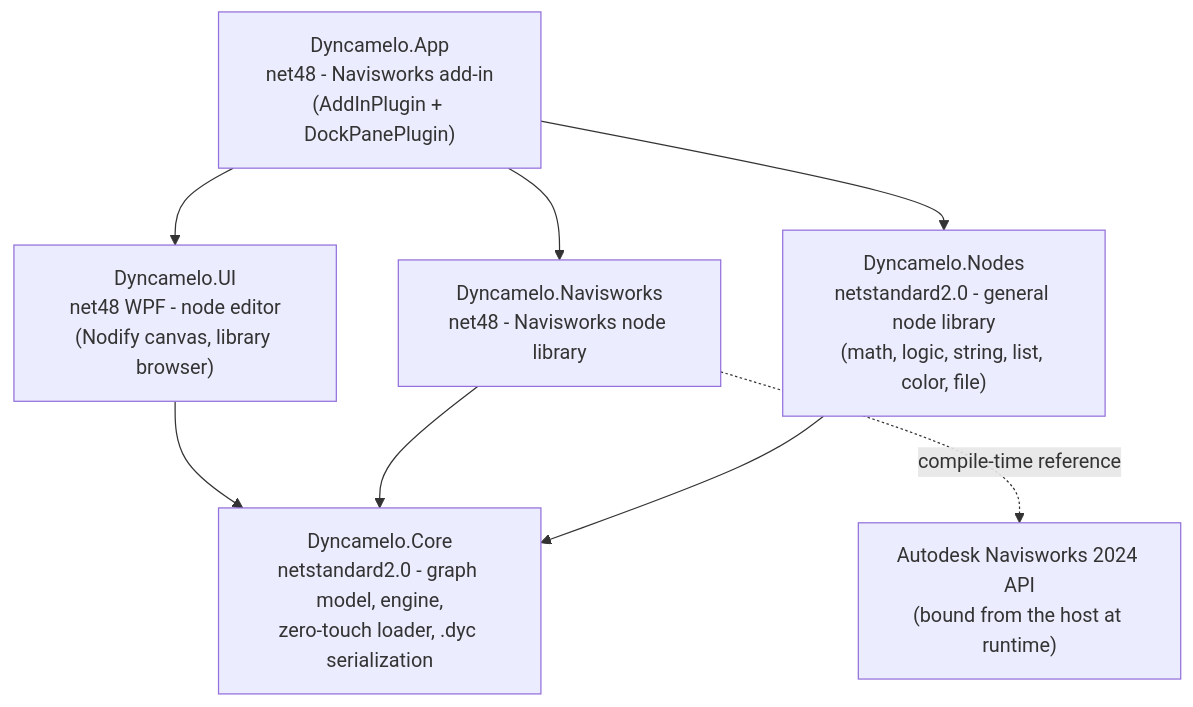
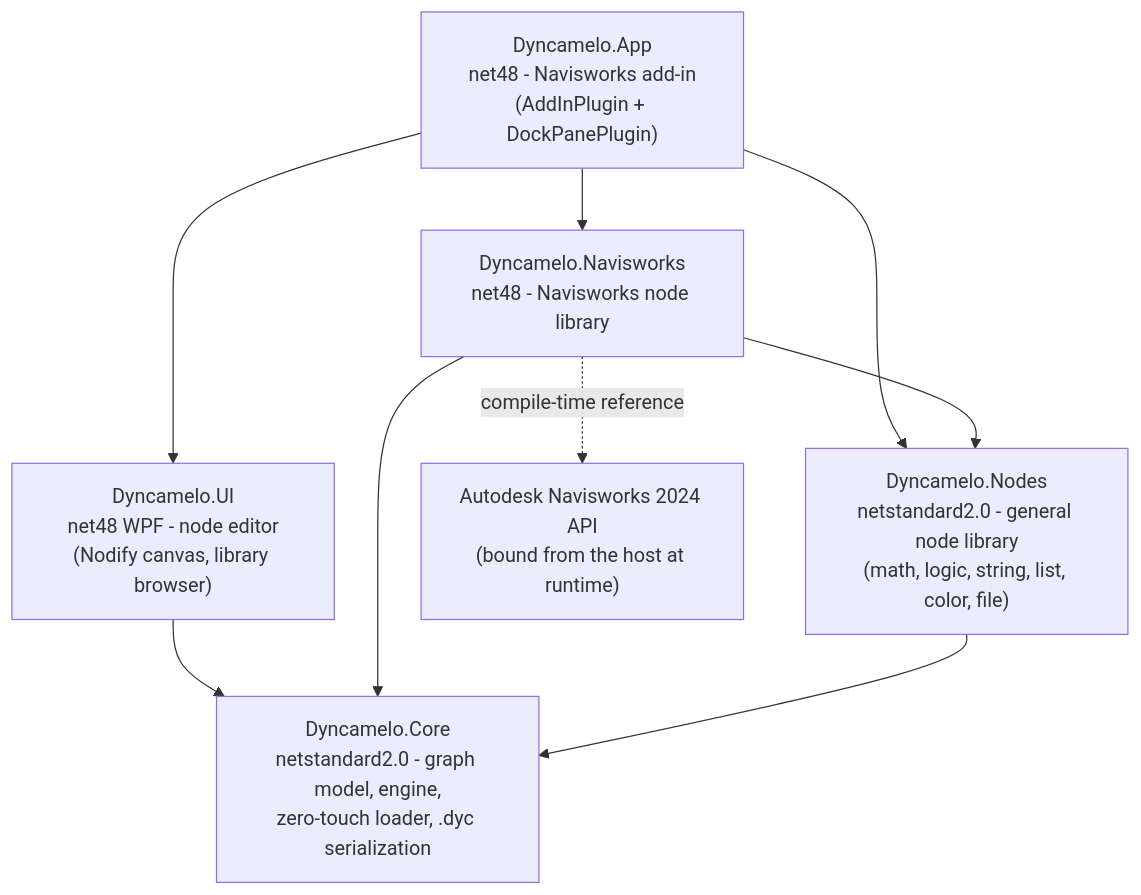
One commit to mrshoma99-rgb/Dyncamelo changed the diagram in README.md. Above: the diagram before and after it, drawn with Mermaid. The commit also changed other lines of this file and 2 other files, not shown here.

First line of the commit message:
feat: library UX (tooltips, favourites, recents, logo) + Navisworks coordination nodes complete

````diff
--- a/README.md
+++ b/README.md
@@ -35,18 +44,19 @@
 ```mermaid
 graph TD
     APP["Dyncamelo.App<br/>net48 - Navisworks add-in<br/>(AddInPlugin + DockPanePlugin)"]
     UI["Dyncamelo.UI<br/>net48 WPF - node editor<br/>(Nodify canvas, library browser)"]
     NAV["Dyncamelo.Navisworks<br/>net48 - Navisworks node library"]
     NODES["Dyncamelo.Nodes<br/>netstandard2.0 - general node library<br/>(math, logic, string, list, color, file)"]
     CORE["Dyncamelo.Core<br/>netstandard2.0 - graph model, engine,<br/>zero-touch loader, .dyc serialization"]
 
     APP --> UI
     APP --> NAV
     APP --> NODES
     UI --> CORE
     NAV --> CORE
+    NAV --> NODES
     NODES --> CORE
 
     NWAPI["Autodesk Navisworks 2024 API<br/>(bound from the host at runtime)"]
     NAV -.compile-time reference.-> NWAPI
 ```
````
